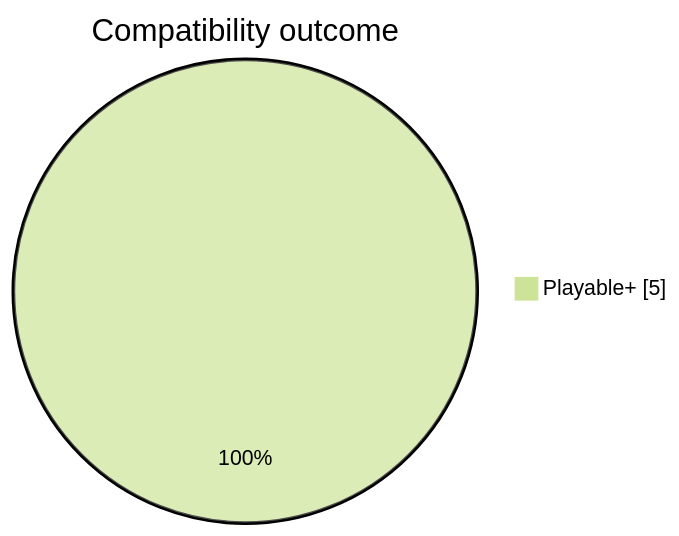
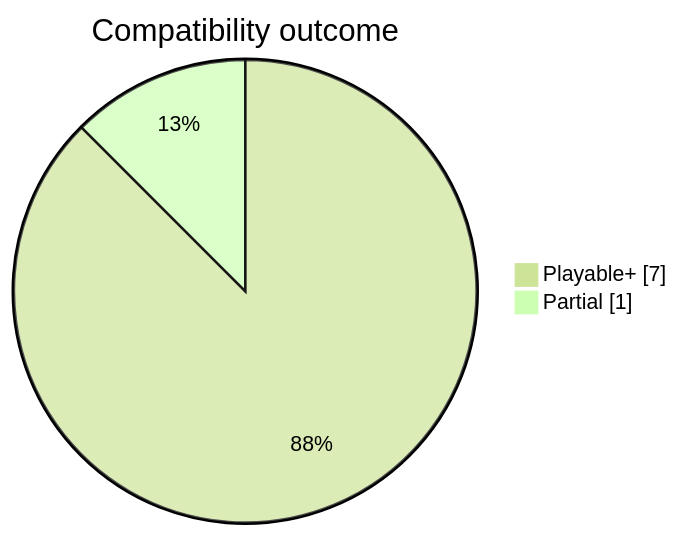
One commit to AbadXDev/CoreJ2 changed the first of 6 diagrams in docs/compatibility-stats.md. Above: the diagram before and after it, drawn with Mermaid (forest theme). The commit also changed other lines of this file and 17 other files, not shown here.

````diff
--- a/docs/compatibility-stats.md
+++ b/docs/compatibility-stats.md
@@ -16,5 +17,6 @@
 ```mermaid
 pie showData
     title Compatibility outcome
-    "Playable+" : 5
+    "Playable+" : 7
+    "Partial" : 1
 ```
````
